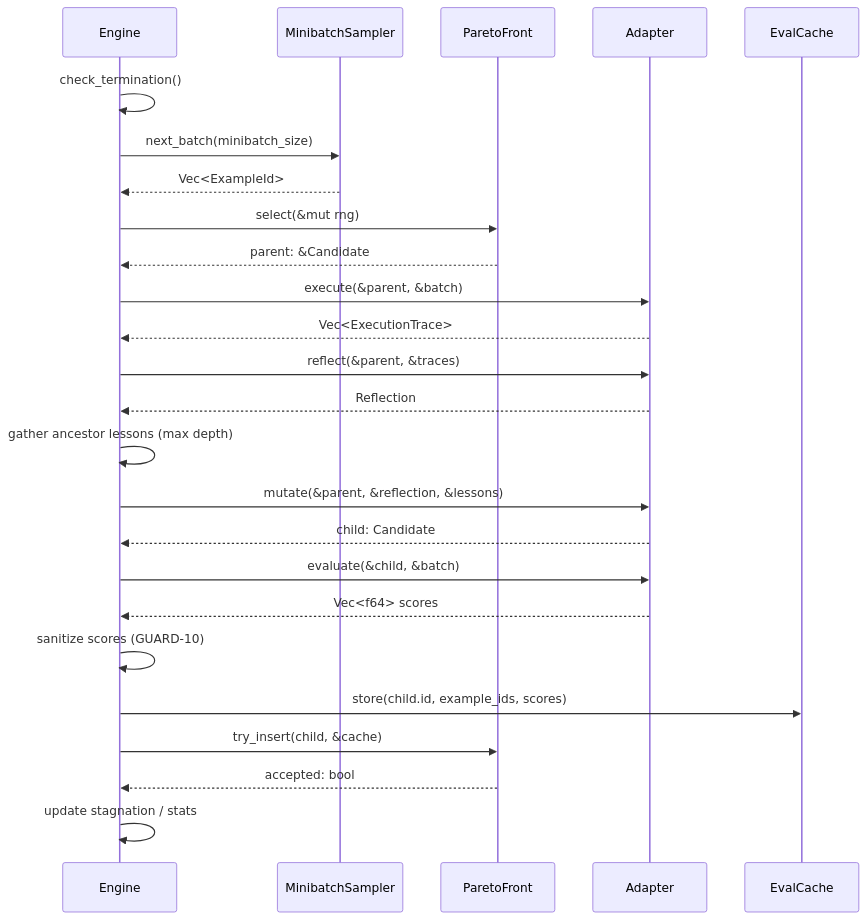
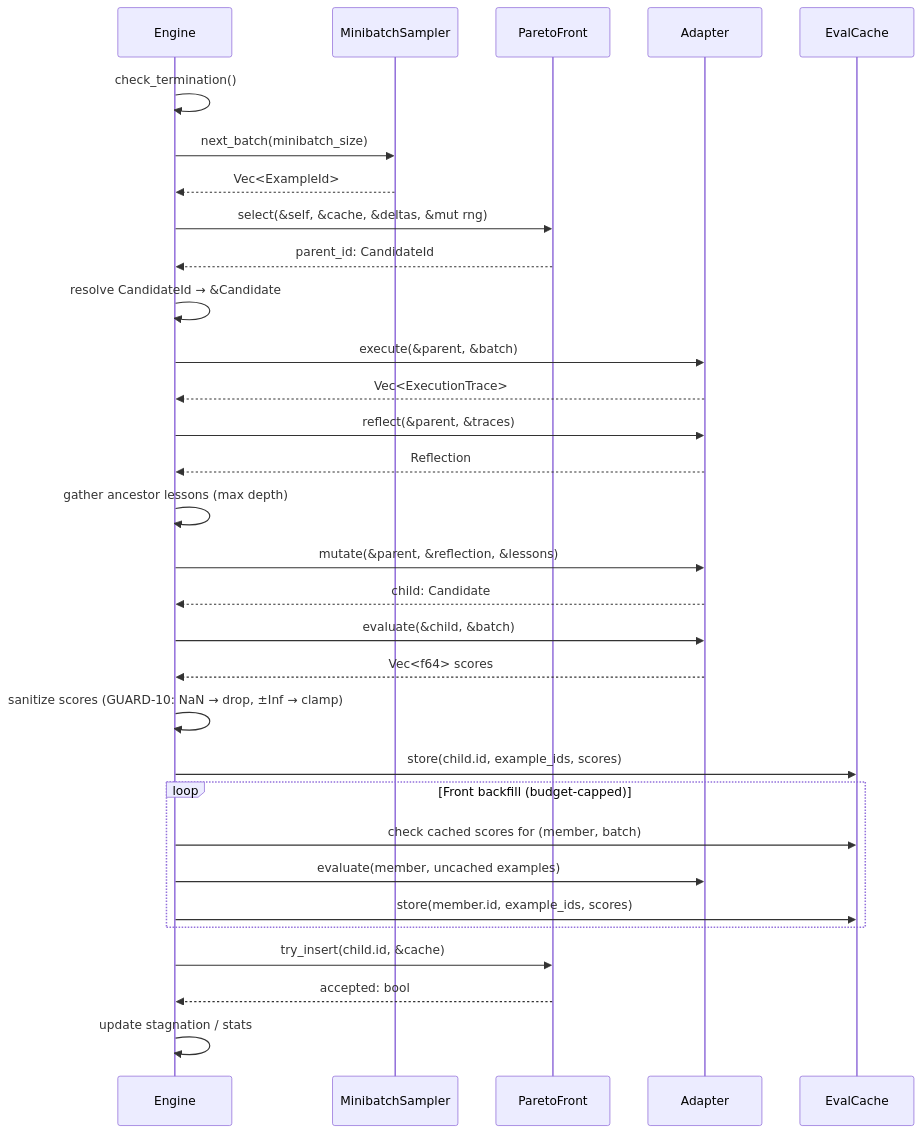
One commit to tonitangpotato/rustclaw changed the diagram in .gid/features/gepa-core/design-01-core-engine.md. Above: the diagram before and after it, drawn with Mermaid. The commit also changed other lines of this file and 16 other files, not shown here.

````diff
--- a/.gid/features/gepa-core/design-01-core-engine.md
+++ b/.gid/features/gepa-core/design-01-core-engine.md
@@ -250,28 +273,34 @@
 ```mermaid
 sequenceDiagram
     participant Engine
     participant Sampler as MinibatchSampler
     participant Front as ParetoFront
     participant Adapter
     participant Cache as EvalCache
 
     Engine->>Engine: check_termination()
     Engine->>Sampler: next_batch(minibatch_size)
     Sampler-->>Engine: Vec<ExampleId>
-    Engine->>Front: select(&mut rng)
-    Front-->>Engine: parent: &Candidate
+    Engine->>Front: select(&self, &cache, &deltas, &mut rng)
+    Front-->>Engine: parent_id: CandidateId
+    Engine->>Engine: resolve CandidateId → &Candidate
     Engine->>Adapter: execute(&parent, &batch)
     Adapter-->>Engine: Vec<ExecutionTrace>
     Engine->>Adapter: reflect(&parent, &traces)
     Adapter-->>Engine: Reflection
     Engine->>Engine: gather ancestor lessons (max depth)
     Engine->>Adapter: mutate(&parent, &reflection, &lessons)
     Adapter-->>Engine: child: Candidate
     Engine->>Adapter: evaluate(&child, &batch)
     Adapter-->>Engine: Vec<f64> scores
-    Engine->>Engine: sanitize scores (GUARD-10)
+    Engine->>Engine: sanitize scores (GUARD-10: NaN → drop, ±Inf → clamp)
     Engine->>Cache: store(child.id, example_ids, scores)
-    Engine->>Front: try_insert(child, &cache)
+    loop Front backfill (budget-capped)
+        Engine->>Cache: check cached scores for (member, batch)
+        Engine->>Adapter: evaluate(member, uncached examples)
+        Engine->>Cache: store(member.id, example_ids, scores)
+    end
+    Engine->>Front: try_insert(child.id, &cache)
     Front-->>Engine: accepted: bool
     Engine->>Engine: update stagnation / stats
 ```
````
